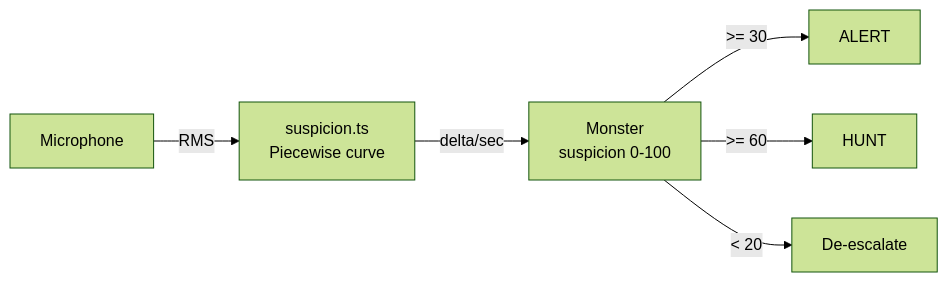
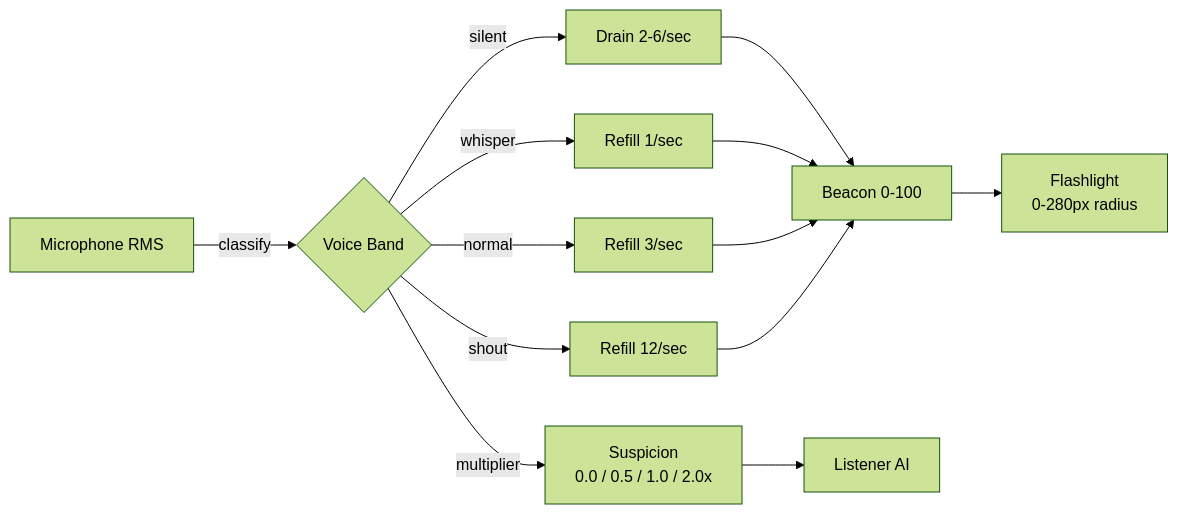
Before and after one commit to Andy00L/Earshot: the fourth of 6 diagrams in README.md, drawn with Mermaid (forest theme). The commit also changed other lines of this file and 203 other files, not shown here.

````diff
--- a/README.md
+++ b/README.md
@@ -187,8 +254,15 @@
 ```mermaid
 flowchart LR
-    MIC[Microphone] -->|RMS| CURVE[suspicion.ts<br>Piecewise curve]
-    CURVE -->|delta/sec| MONSTER[Monster<br>suspicion 0-100]
-    MONSTER -->|>= 30| ALERT[ALERT]
-    MONSTER -->|>= 60| HUNT[HUNT]
-    MONSTER -->|< 20| DEESCALATE[De-escalate]
+    MIC[Microphone RMS] -->|classify| BAND{Voice Band}
+    BAND -->|silent| DRAIN[Drain 2-6/sec]
+    BAND -->|whisper| R1[Refill 1/sec]
+    BAND -->|normal| R2[Refill 3/sec]
+    BAND -->|shout| R3[Refill 12/sec]
+    DRAIN --> BV[Beacon 0-100]
+    R1 --> BV
+    R2 --> BV
+    R3 --> BV
+    BV --> FL[Flashlight<br>0-280px radius]
+    BAND -->|multiplier| SM[Suspicion<br>0.0 / 0.5 / 1.0 / 2.0x]
+    SM --> MON[Listener AI]
 ```
````
